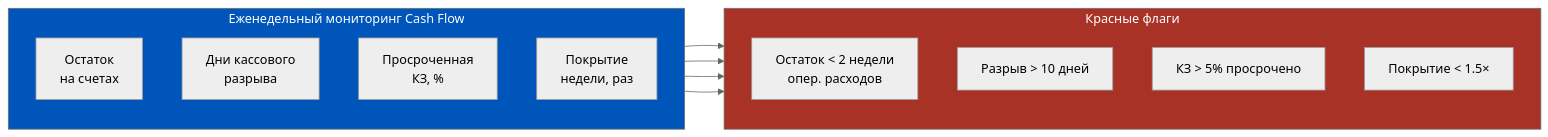
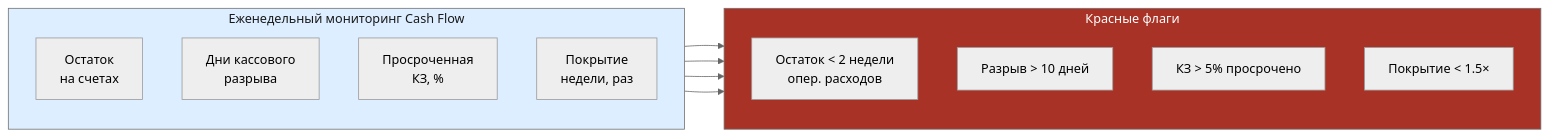
The eighth of 10 diagrams in content/1c-erp/week_8/Неделя 8 - День 3 - Казначейство и управление кэшем.md (murad1986/1c-erp-quartz), drawn with Mermaid (neutral theme) before and after one commit. The commit also changed other lines of this file and 57 other files, not shown here.

First line of the commit message:
fix: Mermaid — пастельные цвета в источниках диаграмм (56 файлов)

````diff
--- a/content/1c-erp/week_8/Неделя 8 - День 3 - Казначейство и управление кэшем.md
+++ b/content/1c-erp/week_8/Неделя 8 - День 3 - Казначейство и управление кэшем.md
@@ -402,24 +402,24 @@
 ```mermaid
 flowchart LR
     subgraph Мониторинг["Еженедельный мониторинг Cash Flow"]
         direction TB
         M1[Остаток<br/>на счетах]
         M2[Дни кассового<br/>разрыва]
         M3[Просроченная<br/>КЗ, %]
         M4[Покрытие<br/>недели, раз]
     end
     subgraph Сигналы["Красные флаги"]
         direction TB
         R1[Остаток < 2 недели<br/>опер. расходов]
         R2[Разрыв > 10 дней]
         R3[КЗ > 5% просрочено]
         R4[Покрытие < 1.5×]
     end
     M1 --> R1
     M2 --> R2
     M3 --> R3
     M4 --> R4
 
-    style Мониторинг fill:#0055BB,color:#fff
+    style Мониторинг fill:#dceeff,color:#1a1a1a
     style Сигналы fill:#A93226,color:#fff
 ```
````
